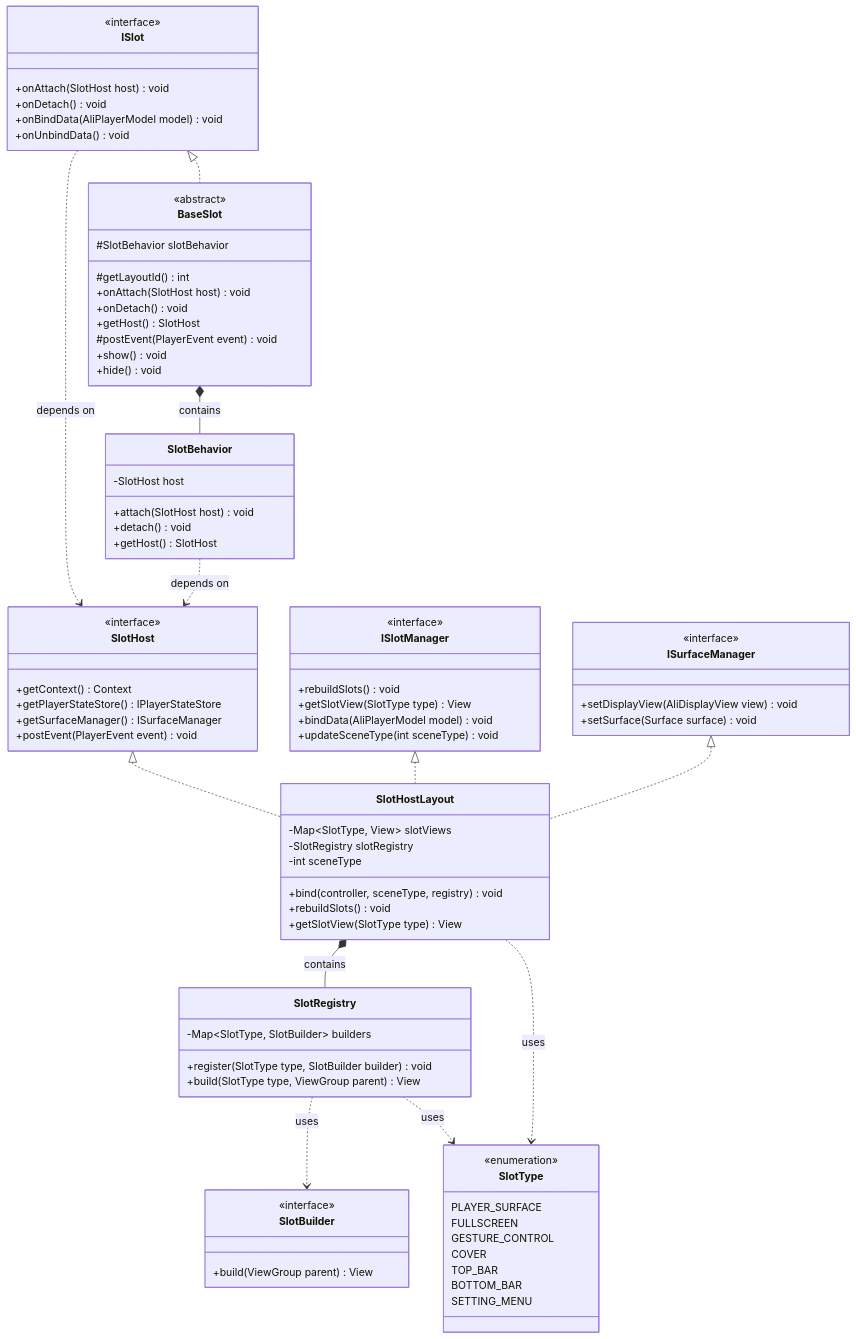
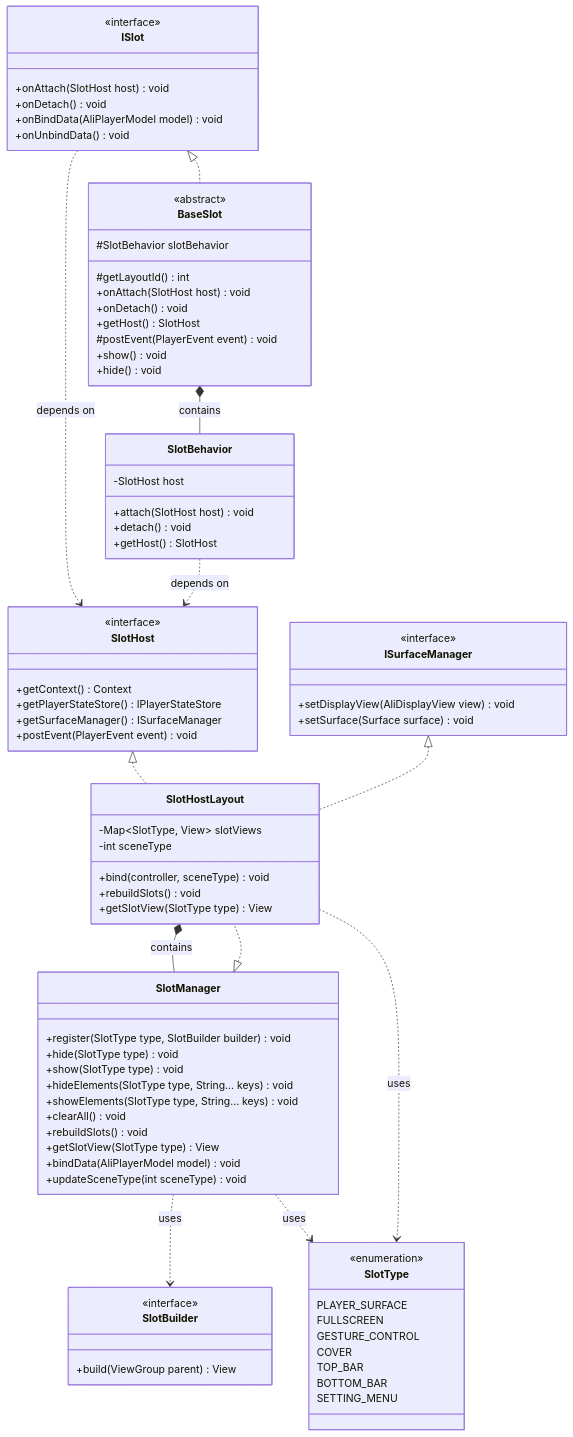
Before and after one commit to aliyun/PlayerKit-Android: the first of 3 diagrams in docs/advanced/SlotSystem.md, drawn with Mermaid. The commit also changed other lines of this file and 180 other files, not shown here.

````diff
--- a/docs/advanced/SlotSystem.md
+++ b/docs/advanced/SlotSystem.md
@@ -635,8 +1010,13 @@
           +postEvent(PlayerEvent event) void
       }
 
-      class ISlotManager {
-          <<interface>>
+      class SlotManager {
+          +register(SlotType type, SlotBuilder builder) void
+          +hide(SlotType type) void
+          +show(SlotType type) void
+          +hideElements(SlotType type, String... keys) void
+          +showElements(SlotType type, String... keys) void
+          +clearAll() void
           +rebuildSlots() void
           +getSlotView(SlotType type) View
           +bindData(AliPlayerModel model) void
@@ -686,17 +1066,10 @@
           +getHost() SlotHost
       }
 
-      class SlotRegistry {
-          -Map~SlotType, SlotBuilder~ builders
-          +register(SlotType type, SlotBuilder builder) void
-          +build(SlotType type, ViewGroup parent) View
-      }
-
       class SlotHostLayout {
           -Map~SlotType, View~ slotViews
-          -SlotRegistry slotRegistry
           -int sceneType
-          +bind(controller, sceneType, registry) void
+          +bind(controller, sceneType) void
           +rebuildSlots() void
           +getSlotView(SlotType type) View
       }
@@ -704,17 +1077,17 @@
       %% ==================== 继承关系 ====================
       ISlot <|.. BaseSlot
       SlotHost <|.. SlotHostLayout
-      ISlotManager <|.. SlotHostLayout
+      SlotManager <|.. SlotHostLayout
       ISurfaceManager <|.. SlotHostLayout
 
       %% ==================== 组合关系 ====================
       BaseSlot *-- SlotBehavior : contains
-      SlotHostLayout *-- SlotRegistry : contains
+      SlotHostLayout *-- SlotManager : contains
 
       %% ==================== 依赖关系 ====================
       ISlot ..> SlotHost : depends on
       SlotBehavior ..> SlotHost : depends on
-      SlotRegistry ..> SlotBuilder : uses
-      SlotRegistry ..> SlotType : uses
+      SlotManager ..> SlotBuilder : uses
+      SlotManager ..> SlotType : uses
       SlotHostLayout ..> SlotType : uses
 ```
````
